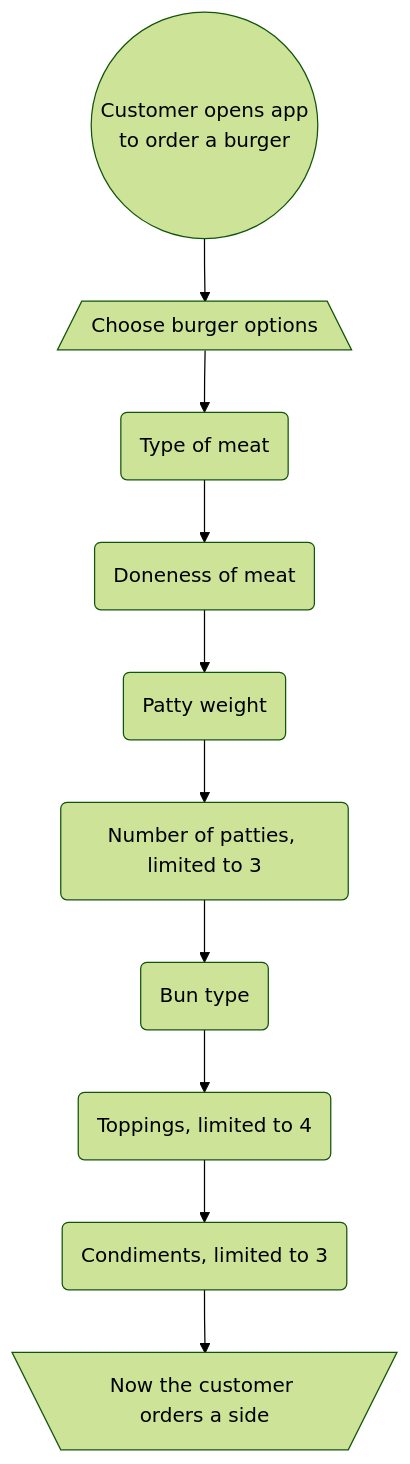
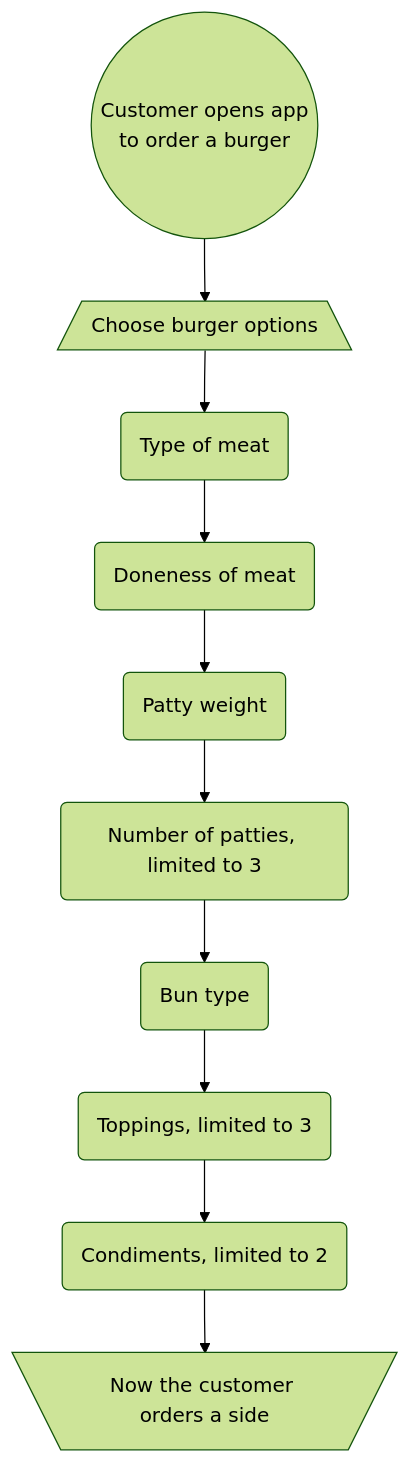
The first of 3 diagrams in student-work/2023/Jacob-Sacks/API-final-project/readme.md (yusale9/student-showcase), drawn with Mermaid (forest theme) before and after one commit.

````diff
--- a/student-work/2023/Jacob-Sacks/API-final-project/readme.md
+++ b/student-work/2023/Jacob-Sacks/API-final-project/readme.md
@@ -37,14 +37,14 @@
 ```mermaid
 
 flowchart TD;
 A((Customer opens app<br>to order a burger))-->B[/Choose burger options\];
 B-->C(Type of meat);
 C-->D(Doneness of meat);
 D-->E(Patty weight);
 E-->F(Number of patties, limited to 3);
 F-->G(Bun type);
-G-->H(Toppings, limited to 4);
-H-->I(Condiments, limited to 3);
+G-->H(Toppings, limited to 3);
+H-->I(Condiments, limited to 2);
 I-->J[\Now the customer orders a side/];
 
 ```
````
